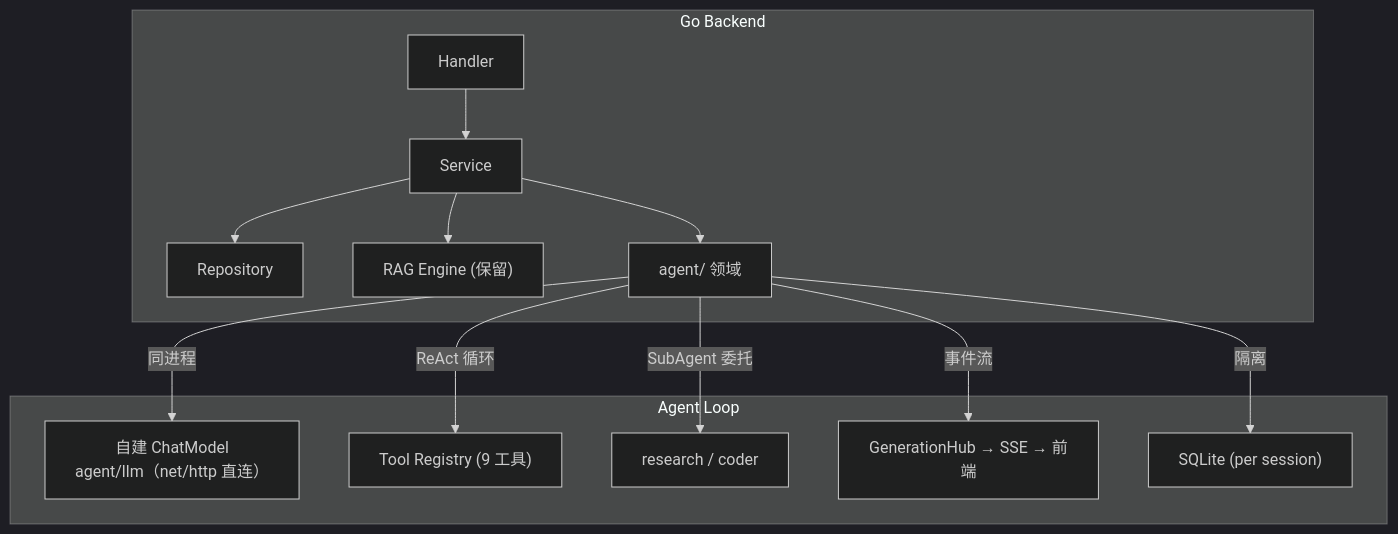
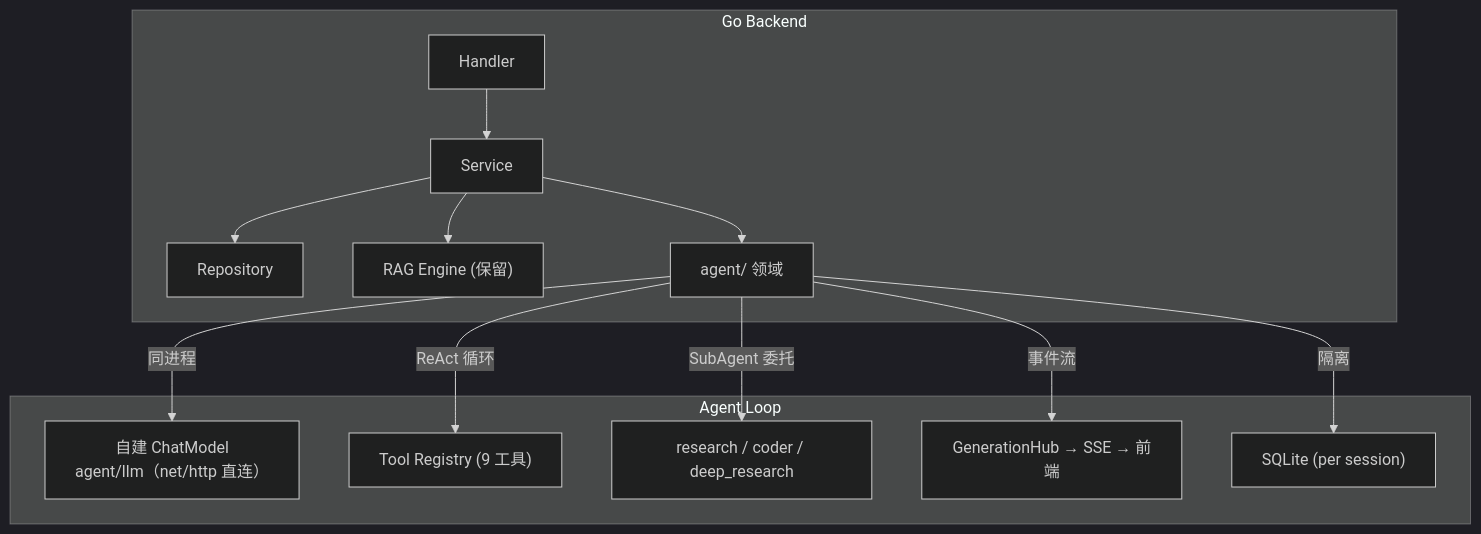
The third of 6 diagrams in docs/ROADMAP.md (int2t05/Cognik), drawn with Mermaid (dark theme) before and after one commit. The commit also changed other lines of this file and 5 other files, not shown here.

````diff
--- a/docs/ROADMAP.md
+++ b/docs/ROADMAP.md
@@ -181,15 +181,15 @@
 ```mermaid
 flowchart TB
     subgraph Go["Go Backend"]
         H["Handler"] --> S["Service"] --> R["Repository"]
         S --> RAG["RAG Engine (保留)"]
         S --> AG["agent/ 领域"]
     end
     subgraph AgentLoop["Agent Loop"]
         AG -->|"同进程"| LLM["自建 ChatModel<br/>agent/llm（net/http 直连）"]
         AG -->|"ReAct 循环"| TOOLS["Tool Registry (9 工具)"]
-        AG -->|"SubAgent 委托"| SUB["research / coder"]
+        AG -->|"SubAgent 委托"| SUB["research / coder / deep_research"]
         AG -->|"事件流"| SSE["GenerationHub → SSE → 前端"]
         AG -->|"隔离"| SQLite["SQLite (per session)"]
     end
 ```
````
